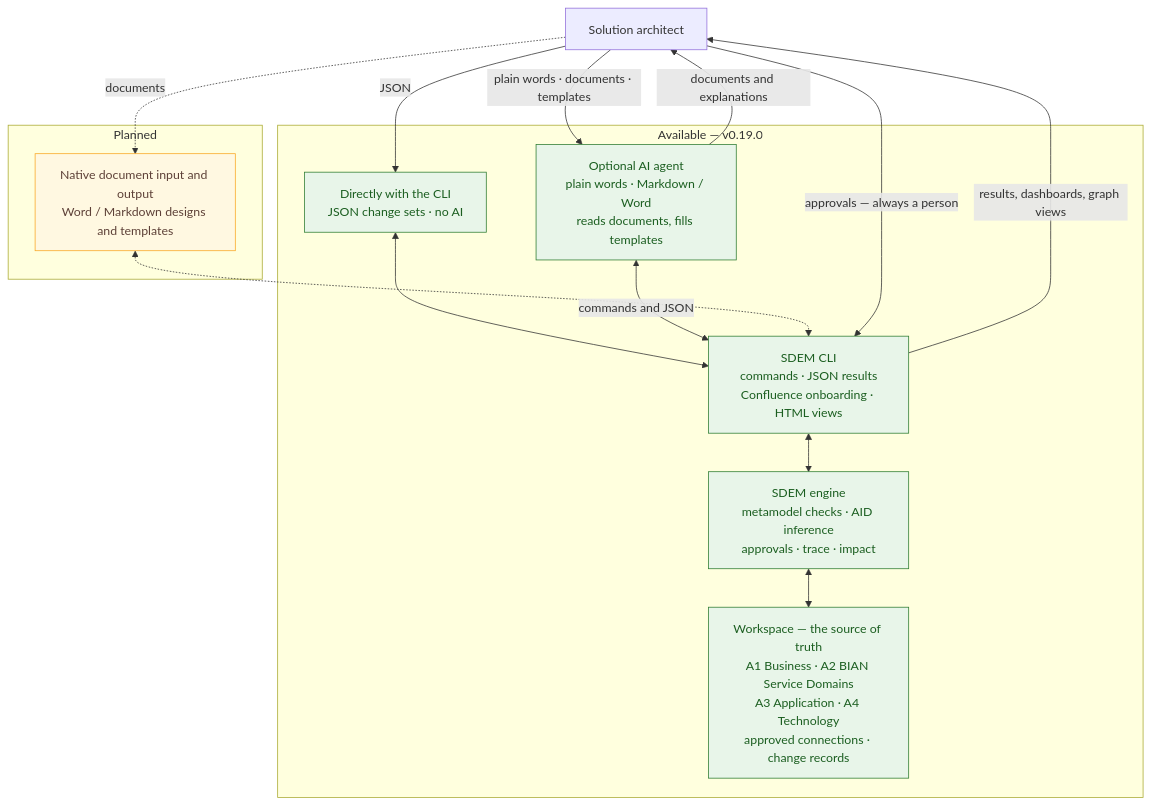
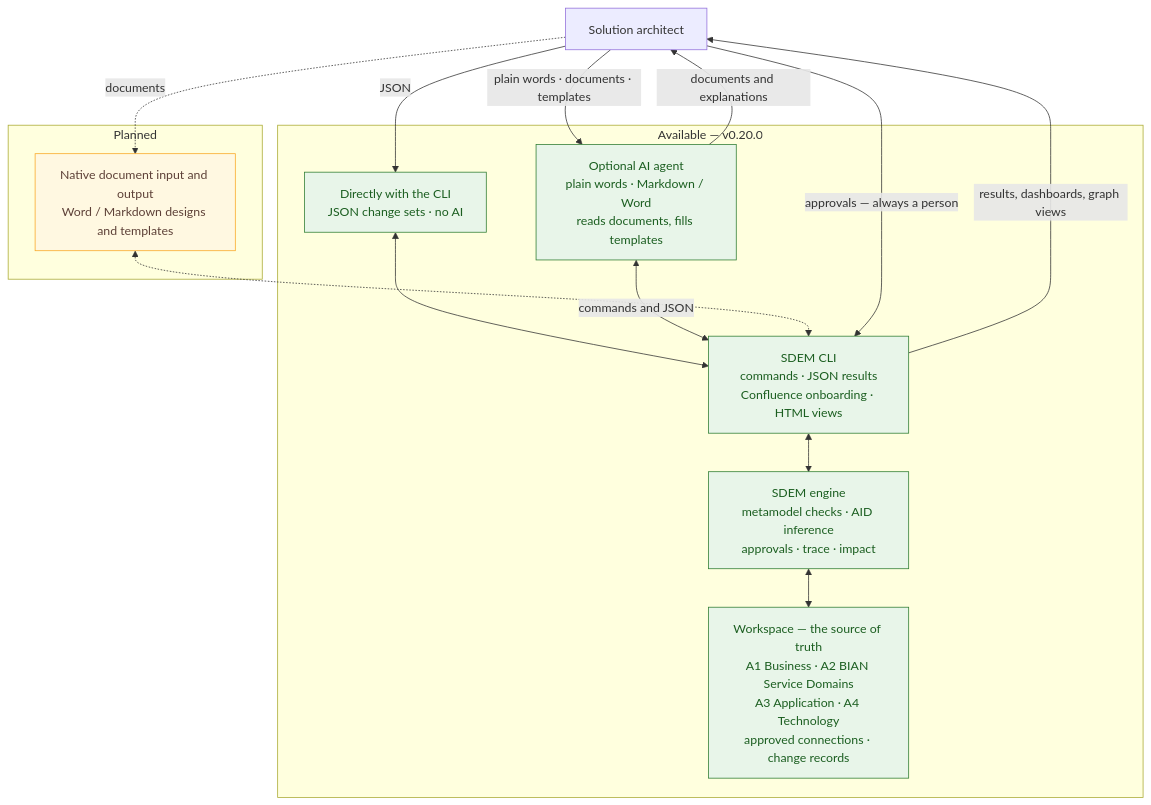
Before and after one commit to taumoeps/bian-sdem-framework: the diagram in docs/sdem-ways-of-working.md, drawn with Mermaid. The commit also changed other lines of this file and 36 other files, not shown here.

````diff
--- a/docs/sdem-ways-of-working.md
+++ b/docs/sdem-ways-of-working.md
@@ -58,29 +58,29 @@
 ```mermaid
 flowchart TB
     ARCH["Solution architect"]
-    subgraph NOW["Available — v0.19.0"]
+    subgraph NOW["Available — v0.20.0"]
         DIRECT["Directly with the CLI<br/>JSON change sets · no AI"]
         AGENT["Optional AI agent<br/>plain words · Markdown / Word<br/>reads documents, fills templates"]
         CLI["SDEM CLI<br/>commands · JSON results<br/>Confluence onboarding · HTML views"]
         ENGINE["SDEM engine<br/>metamodel checks · AID inference<br/>approvals · trace · impact"]
         WS["Workspace — the source of truth<br/>A1 Business · A2 BIAN Service Domains<br/>A3 Application · A4 Technology<br/>approved connections · change records"]
     end
     subgraph LATER["Planned"]
         DOC["Native document input and output<br/>Word / Markdown designs and templates"]
     end
     ARCH -->|"JSON"| DIRECT
     ARCH -->|"plain words · documents · templates"| AGENT
     ARCH -.->|"documents"| DOC
     DIRECT <--> CLI
     AGENT <-->|"commands and JSON"| CLI
     DOC <-.-> CLI
     CLI <--> ENGINE
     ENGINE <--> WS
     AGENT -->|"documents and explanations"| ARCH
     CLI -->|"results, dashboards, graph views"| ARCH
     ARCH -->|"approvals — always a person"| CLI
     classDef now fill:#E8F5E9,stroke:#2E7D32,color:#1B5E20
     classDef later fill:#FFF8E1,stroke:#F9A825,color:#5D4037
     class DIRECT,AGENT,CLI,ENGINE,WS now
     class DOC later
 ```
````
